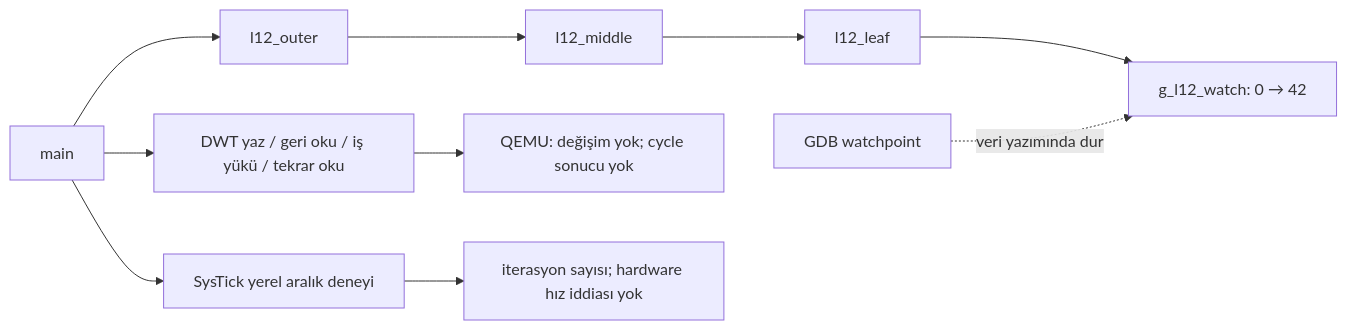
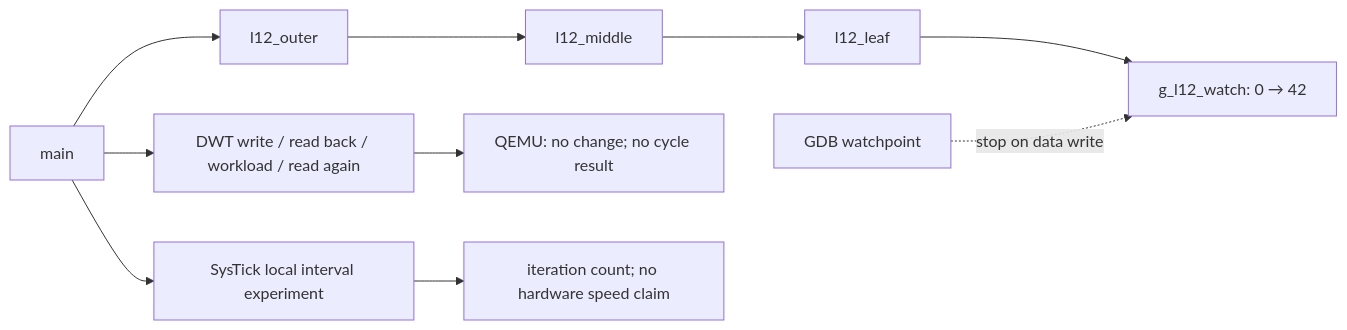
One commit to Merd0/ARM-Cortex-M-Lab changed the diagram in lessons/12-debug-dwt/README.md. Above: the diagram before and after it, drawn with Mermaid. The commit also changed other lines of this file and 8 other files, not shown here.

````diff
--- a/lessons/12-debug-dwt/README.md
+++ b/lessons/12-debug-dwt/README.md
@@ -42,12 +44,12 @@
 ```mermaid
 flowchart LR
     A[main] --> B[l12_outer]
     B --> C[l12_middle]
     C --> D[l12_leaf]
     D --> E[g_l12_watch: 0 → 42]
-    W[GDB watchpoint] -.veri yazımında dur.-> E
-    A --> P[DWT yaz / geri oku / iş yükü / tekrar oku]
-    P --> N[QEMU: değişim yok; cycle sonucu yok]
-    A --> T[SysTick yerel aralık deneyi]
-    T --> L[iterasyon sayısı; hardware hız iddiası yok]
+    W[GDB watchpoint] -.stop on data write.-> E
+    A --> P[DWT write / read back / workload / read again]
+    P --> N[QEMU: no change; no cycle result]
+    A --> T[SysTick local interval experiment]
+    T --> L[iteration count; no hardware speed claim]
 ```
````
